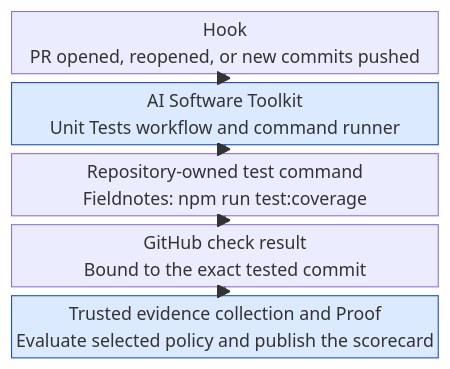
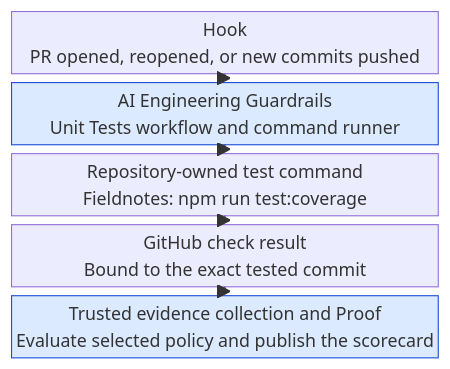
The third of 3 diagrams in README.md (ravisingh11/ai-software-toolkit-reference-app), drawn with Mermaid before and after one commit. The commit also changed other lines of this file and 14 other files, not shown here.

First line of the commit message:
chore: align reference app with AI Engineering Guardrails (#74)

````diff
--- a/README.md
+++ b/README.md
@@ -303,15 +307,15 @@
 ```mermaid
 block-beta
   columns 1
   A["Hook<br/>PR opened, reopened, or new commits pushed"]
-  B["AI Software Toolkit<br/>Unit Tests workflow and command runner"]
+  B["AI Engineering Guardrails<br/>Unit Tests workflow and command runner"]
   C["Repository-owned test command<br/>Fieldnotes: npm run test:coverage"]
   D["GitHub check result<br/>Bound to the exact tested commit"]
   E["Trusted evidence collection and Proof<br/>Evaluate selected policy and publish the scorecard"]
   A --> B
   B --> C
   C --> D
   D --> E
   classDef toolkit fill:#dbeafe,stroke:#1d4ed8,color:#172554
   class B,E toolkit
 ```
````
